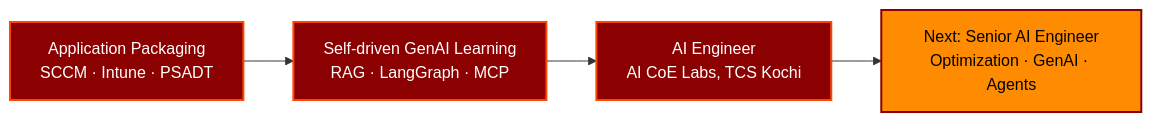
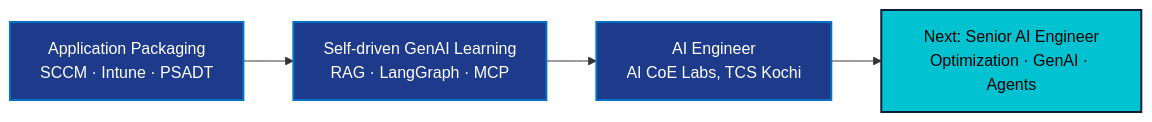
Before and after one commit to aswathh/aswathh: the second of 2 diagrams in README.md, drawn with Mermaid. The commit also changed other lines of this file, not shown here.

````diff
--- a/README.md
+++ b/README.md
@@ -211,11 +211,11 @@
 ```mermaid
 flowchart LR
     A[Application Packaging<br/>SCCM · Intune · PSADT] --> B[Self-driven GenAI Learning<br/>RAG · LangGraph · MCP]
     B --> C[AI Engineer<br/>AI CoE Labs, TCS Kochi]
     C --> D[Next: Senior AI Engineer<br/>Optimization · GenAI · Agents]
 
-    classDef p fill:#8B0000,stroke:#FF4500,color:#fff,stroke-width:2px;
-    classDef n fill:#FF8C00,stroke:#8B0000,color:#000,stroke-width:2px;
+    classDef p fill:#1E3A8A,stroke:#0071C5,color:#fff,stroke-width:2px;
+    classDef n fill:#00C2D1,stroke:#0B1F3A,color:#000,stroke-width:2px;
     class A,B,C p;
     class D n;
 ```
````
